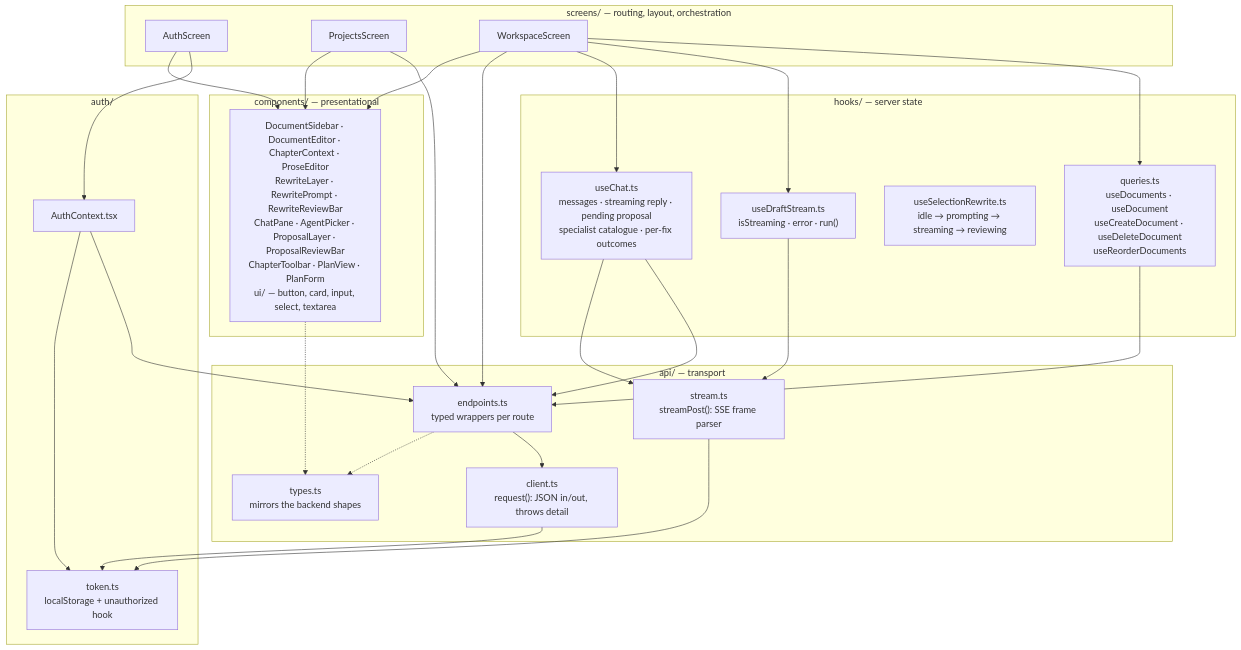
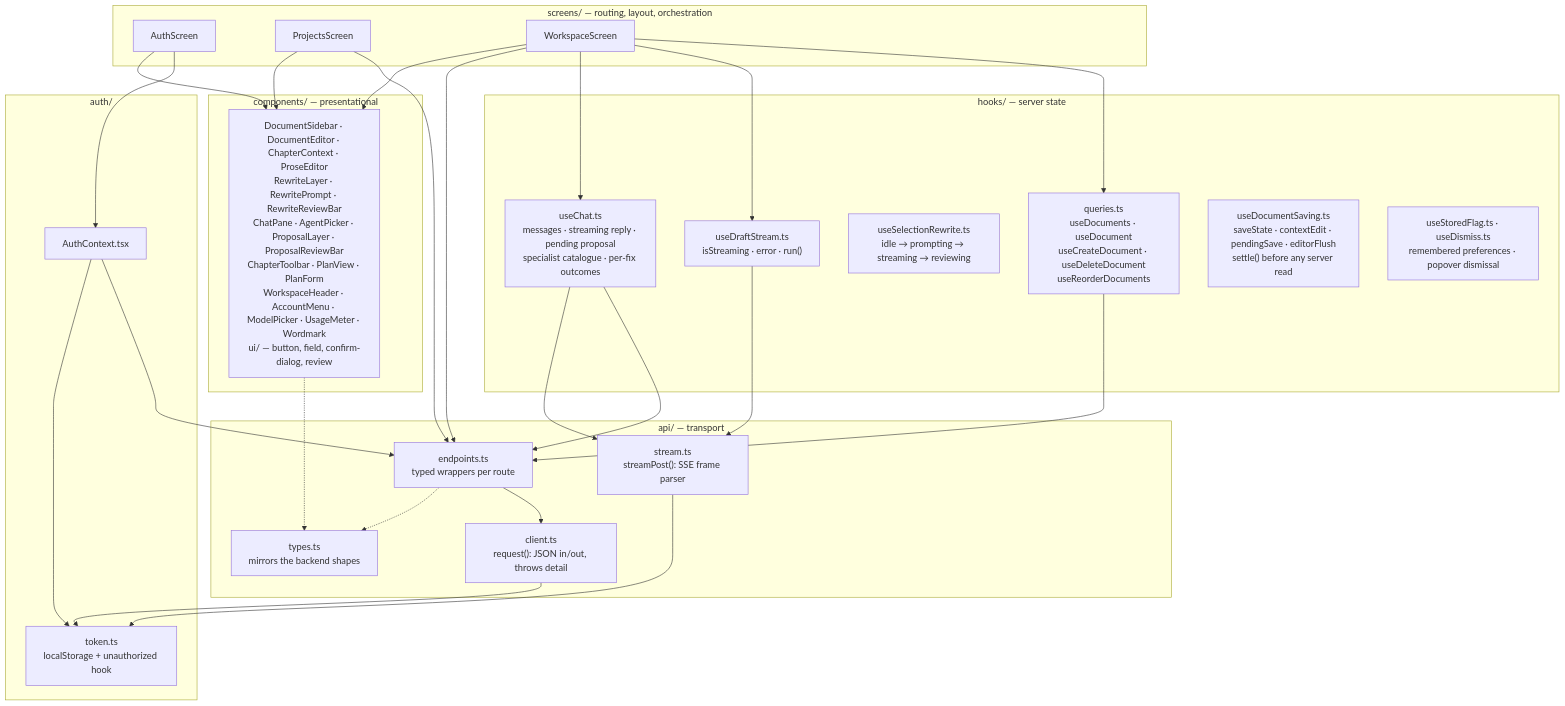
One commit to Akazz-L/maya changed the second of 3 diagrams in docs/diagrams/04-frontend-architecture.md. Above: the diagram before and after it, drawn with Mermaid. The commit also changed other lines of this file and 50 other files, not shown here.

````diff
--- a/docs/diagrams/04-frontend-architecture.md
+++ b/docs/diagrams/04-frontend-architecture.md
@@ -59,54 +60,56 @@
 ```mermaid
 graph TD
     subgraph screens["screens/ — routing, layout, orchestration"]
         AS["AuthScreen"]
         PS["ProjectsScreen"]
         WSS["WorkspaceScreen"]
     end
 
     subgraph components["components/ — presentational"]
-        CMP["DocumentSidebar · DocumentEditor · ChapterContext · ProseEditor<br/>RewriteLayer · RewritePrompt · RewriteReviewBar<br/>ChatPane · AgentPicker · ProposalLayer · ProposalReviewBar<br/>ChapterToolbar · PlanView · PlanForm<br/>ui/ — button, card, input, select, textarea"]
+        CMP["DocumentSidebar · DocumentEditor · ChapterContext · ProseEditor<br/>RewriteLayer · RewritePrompt · RewriteReviewBar<br/>ChatPane · AgentPicker · ProposalLayer · ProposalReviewBar<br/>ChapterToolbar · PlanView · PlanForm<br/>WorkspaceHeader · AccountMenu · ModelPicker · UsageMeter · Wordmark<br/>ui/ — button, field, confirm-dialog, review"]
     end
 
     subgraph hooks["hooks/ — server state"]
         Q["queries.ts<br/>useDocuments · useDocument<br/>useCreateDocument · useDeleteDocument<br/>useReorderDocuments"]
         DS["useDraftStream.ts<br/>isStreaming · error · run()"]
         SR["useSelectionRewrite.ts<br/>idle → prompting → streaming → reviewing"]
         CH["useChat.ts<br/>messages · streaming reply · pending proposal<br/>specialist catalogue · per-fix outcomes"]
+        SV["useDocumentSaving.ts<br/>saveState · contextEdit · pendingSave · editorFlush<br/>settle() before any server read"]
+        UI["useStoredFlag.ts · useDismiss.ts<br/>remembered preferences · popover dismissal"]
     end
 
     subgraph api["api/ — transport"]
         EP["endpoints.ts<br/>typed wrappers per route"]
         CL["client.ts<br/>request(): JSON in/out, throws detail"]
         ST["stream.ts<br/>streamPost(): SSE frame parser"]
         TY["types.ts<br/>mirrors the backend shapes"]
     end
 
     subgraph auth["auth/"]
         AC["AuthContext.tsx"]
         TK["token.ts<br/>localStorage + unauthorized hook"]
     end
 
     AS --> AC
     PS --> EP
     WSS --> Q
     WSS --> DS
     WSS --> CH
     WSS --> EP
     WSS --> CMP
     PS --> CMP
     AS --> CMP
     Q --> EP
     DS --> ST
     CH --> EP
     CH --> ST
     EP --> CL
     CL --> TK
     ST --> TK
     AC --> EP
     AC --> TK
     EP -.-> TY
     CMP -.-> TY
 
     classDef layer fill:#f7f7f2,stroke:#999
 ```
````
